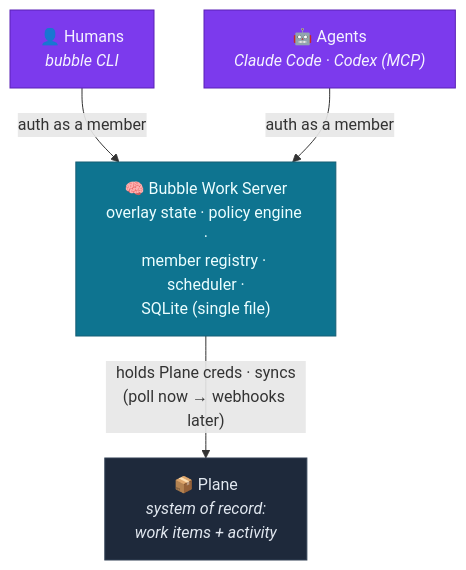
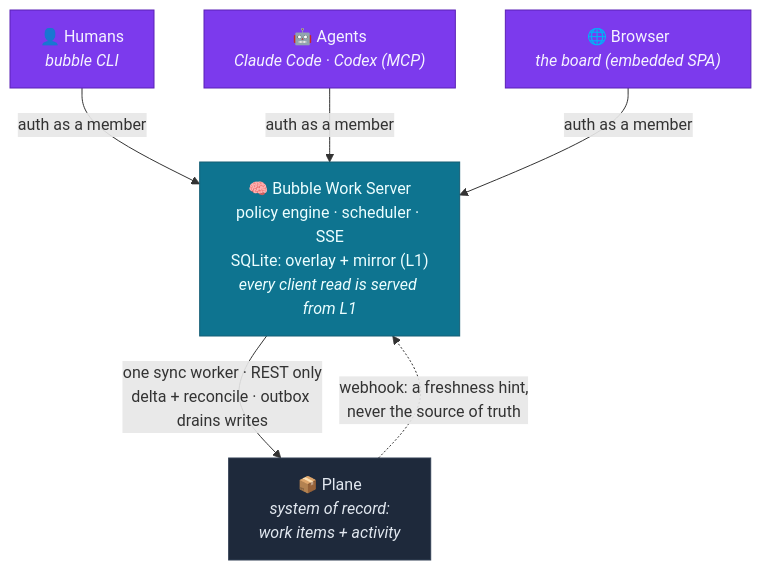
One commit to AngelMaldonado/bubble-work changed the fifth of 6 diagrams in docs/bubble-work-spec.md. Above: the diagram before and after it, drawn with Mermaid. The commit also changed other lines of this file and 8 other files, not shown here.

````diff
--- a/docs/bubble-work-spec.md
+++ b/docs/bubble-work-spec.md
@@ -259,16 +283,19 @@
 ```mermaid
 flowchart TD
     H["👤 Humans<br/><i>bubble CLI</i>"]
     A["🤖 Agents<br/><i>Claude Code · Codex (MCP)</i>"]
+    W["🌐 Browser<br/><i>the board (embedded SPA)</i>"]
     H -->|"auth as a member"| S
     A -->|"auth as a member"| S
-    S["🧠 Bubble Work Server<br/>overlay state · policy engine ·<br/>member registry · scheduler ·<br/>SQLite (single file)"]
-    S -->|"holds Plane creds · syncs<br/>(poll now → webhooks later)"| P["📦 Plane<br/><i>system of record:<br/>work items + activity</i>"]
+    W -->|"auth as a member"| S
+    S["🧠 Bubble Work Server<br/>policy engine · scheduler · SSE<br/>SQLite: overlay + mirror (L1)<br/><i>every client read is served from L1</i>"]
+    S -->|"one sync worker · REST only<br/>delta + reconcile · outbox drains writes"| P["📦 Plane<br/><i>system of record:<br/>work items + activity</i>"]
+    P -.->|"webhook: a freshness hint,<br/>never the source of truth"| S
 
     classDef cli fill:#7c3aed,stroke:#5b21b6,color:#f5f3ff;
     classDef srv fill:#0e7490,stroke:#155e75,color:#ecfeff;
     classDef plane fill:#1e293b,stroke:#334155,color:#e2e8f0;
-    class H,A cli;
+    class H,A,W cli;
     class S srv;
     class P plane;
 ```
````
